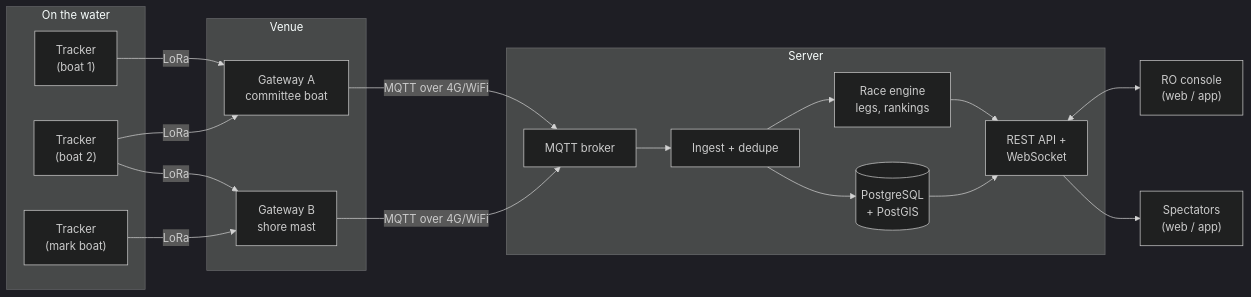
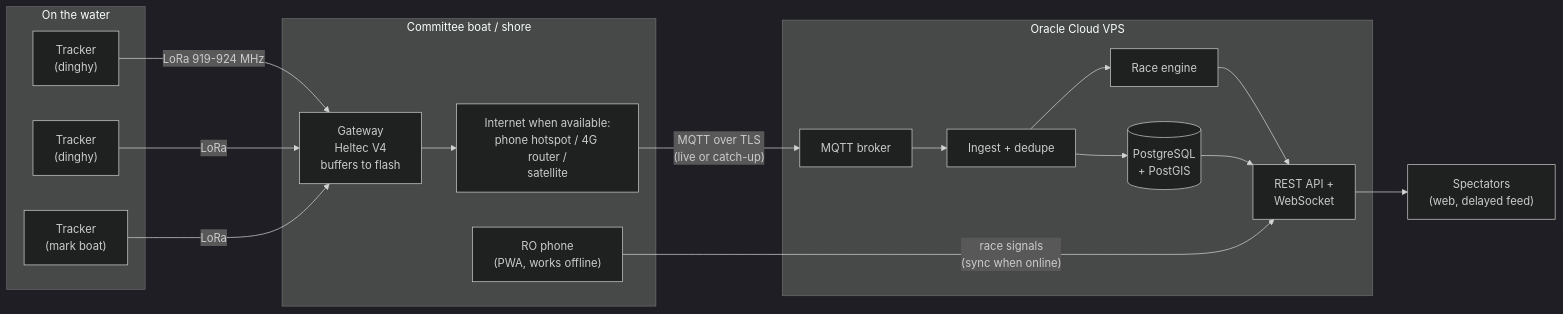
Before and after one commit to feelgoodinc183/boat-tracker: the first of 2 diagrams in docs/PLAN.md, drawn with Mermaid (dark theme). The commit also changed other lines of this file, not shown here.

First line of the commit message:
Update plan with Malaysia band, 30-dinghy fleet, offline and hosting decisions

````diff
--- a/docs/PLAN.md
+++ b/docs/PLAN.md
@@ -27,33 +45,32 @@
 ```mermaid
 flowchart LR
   subgraph Water["On the water"]
-    T1["Tracker<br/>(boat 1)"]
-    T2["Tracker<br/>(boat 2)"]
+    T1["Tracker<br/>(dinghy)"]
+    T2["Tracker<br/>(dinghy)"]
     TM["Tracker<br/>(mark boat)"]
   end
-  subgraph Venue["Venue"]
-    GW1["Gateway A<br/>committee boat"]
-    GW2["Gateway B<br/>shore mast"]
+  subgraph Venue["Committee boat / shore"]
+    GW["Gateway<br/>Heltec V4<br/>buffers to flash"]
+    NET["Internet when available:<br/>phone hotspot / 4G router /<br/>satellite"]
+    ROP["RO phone<br/>(PWA, works offline)"]
   end
-  subgraph Cloud["Server"]
+  subgraph Cloud["Oracle Cloud VPS"]
     MQ["MQTT broker"]
     ING["Ingest + dedupe"]
     DB[("PostgreSQL<br/>+ PostGIS")]
-    RACE["Race engine<br/>legs, rankings"]
+    RACE["Race engine"]
     API["REST API +<br/>WebSocket"]
   end
-  RO["RO console<br/>(web / app)"]
-  SP["Spectators<br/>(web / app)"]
+  SP["Spectators<br/>(web, delayed feed)"]
 
-  T1 -- LoRa --> GW1
-  T2 -- LoRa --> GW1
-  T2 -- LoRa --> GW2
-  TM -- LoRa --> GW2
-  GW1 -- "MQTT over 4G/WiFi" --> MQ
-  GW2 -- "MQTT over 4G/WiFi" --> MQ
+  T1 -- "LoRa 919-924 MHz" --> GW
+  T2 -- LoRa --> GW
+  TM -- LoRa --> GW
+  GW --> NET
+  NET -- "MQTT over TLS<br/>(live or catch-up)" --> MQ
   MQ --> ING --> DB
   ING --> RACE --> API
   DB --> API
-  API <--> RO
+  ROP -- "race signals<br/>(sync when online)" --> API
   API --> SP
 ```
````
